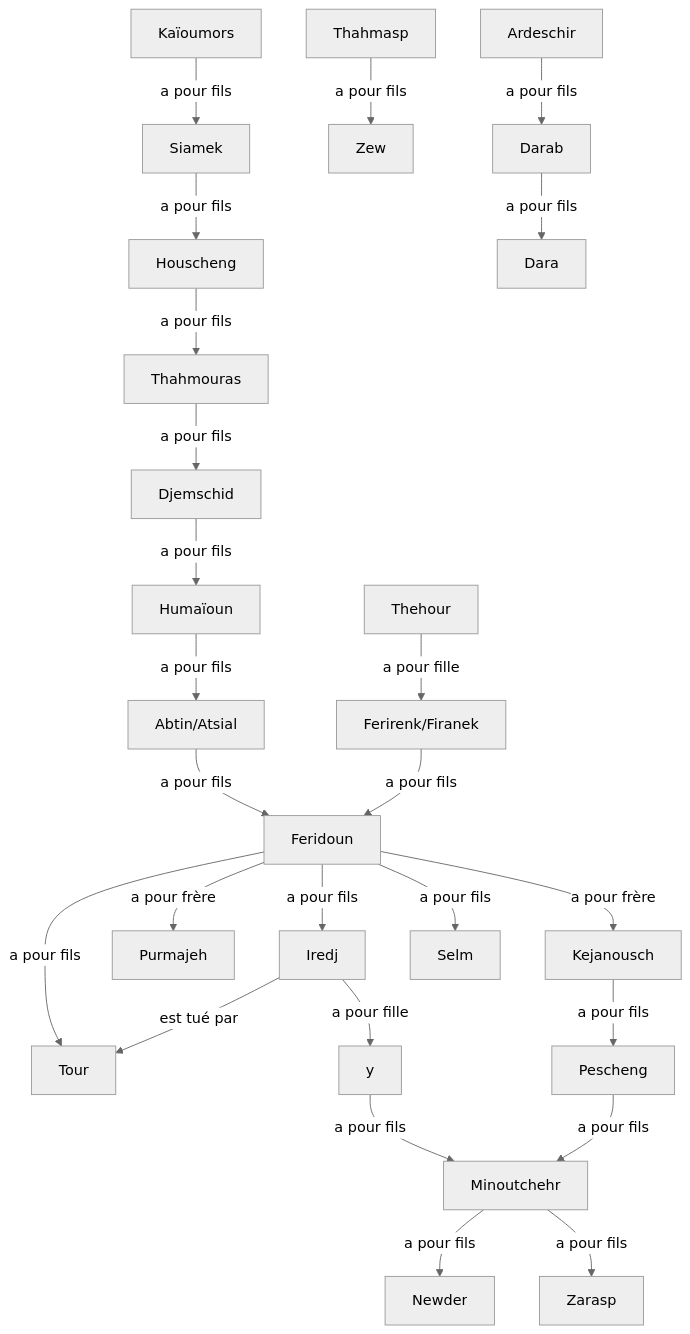
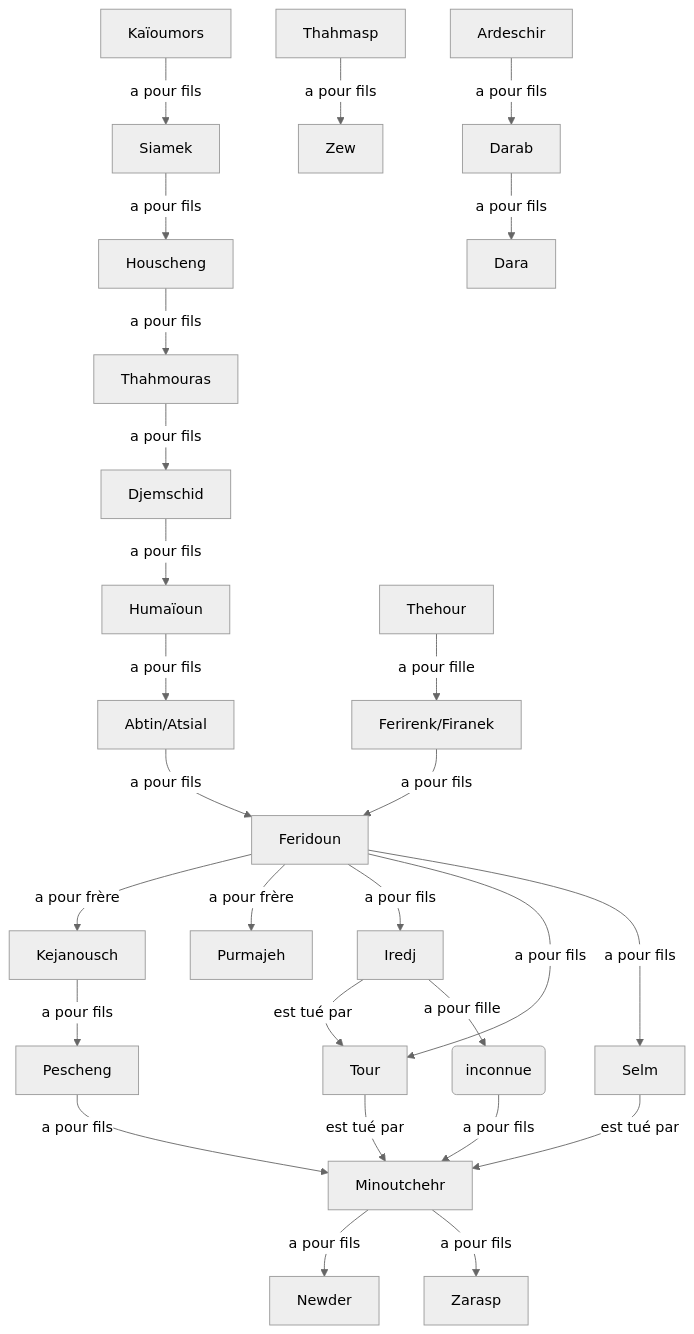
The diagram in src/graphs/kaioumors/kaioumors.mmd (hdorgeval/le-livre-des-rois), drawn with Mermaid (neutral theme) before and after one commit.

Commit message:
feat(kaioumors): update genealogy graph

```diff
--- a/src/graphs/kaioumors/kaioumors.mmd
+++ b/src/graphs/kaioumors/kaioumors.mmd
@@ -1,25 +1,27 @@
 graph TD
 Kaïoumors --a pour fils--> Siamek
 Siamek --a pour fils--> Houscheng
 Houscheng --a pour fils--> Thahmouras
 Thahmouras --a pour fils--> Djemschid
 Djemschid --a pour fils--> Humaïoun
 Humaïoun --a pour fils-->Abtin/Atsial
 Abtin/Atsial --a pour fils--> Feridoun
 Thehour --a pour fille--> Ferirenk/Firanek
 Ferirenk/Firanek --a pour fils--> Feridoun
 Feridoun --a pour frère--> Kejanousch
 Feridoun --a pour frère--> Purmajeh
 Thahmasp --a pour fils--> Zew
 Ardeschir --a pour fils--> Darab
 Darab --a pour fils--> Dara
 Feridoun --a pour fils-->Iredj
 Feridoun --a pour fils-->Tour
 Feridoun --a pour fils-->Selm
 Iredj --est tué par--> Tour
 Kejanousch --a pour fils-->Pescheng
-Iredj --a pour fille--> y
-y --a pour fils--> Minoutchehr
+Iredj --a pour fille--> Y(inconnue)
+Y --a pour fils--> Minoutchehr
 Pescheng --a pour fils--> Minoutchehr
+Tour --est tué par-->Minoutchehr
+Selm --est tué par-->Minoutchehr
 Minoutchehr --a pour fils--> Newder
 Minoutchehr --a pour fils--> Zarasp
```
